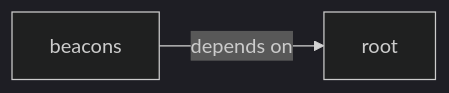
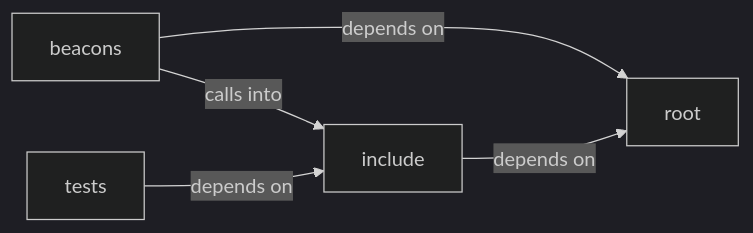
The diagram in readmenator-diagrams/root.md (grisuno/blacksandbeacon), drawn with Mermaid (dark theme) before and after one commit. The commit also changed other lines of this file and 380 other files, not shown here.

````diff
--- a/readmenator-diagrams/root.md
+++ b/readmenator-diagrams/root.md
@@ -5,6 +5,11 @@
 ```mermaid
 graph LR
     beacons["beacons"]
+    include["include"]
     root["root"]
+    tests["tests"]
+    beacons -- "calls into" --> include
     beacons -- "depends on" --> root
+    include -- "depends on" --> root
+    tests -- "depends on" --> include
 ```
````
